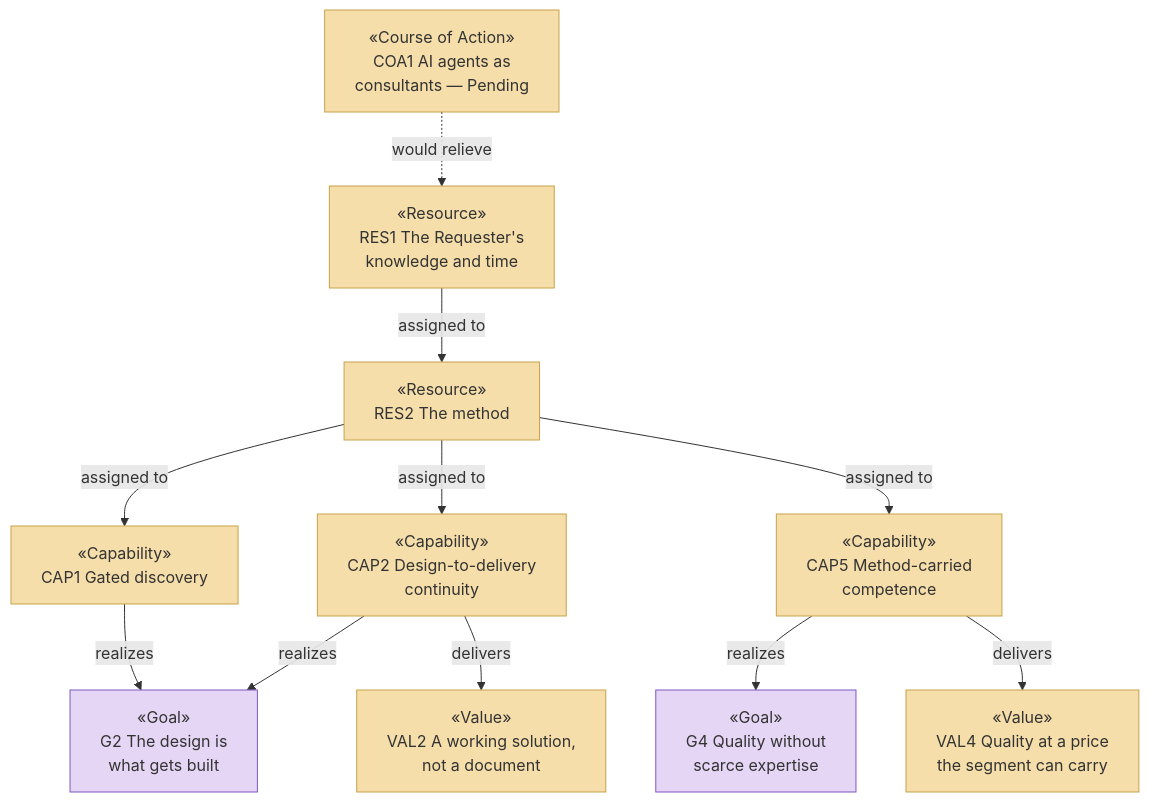
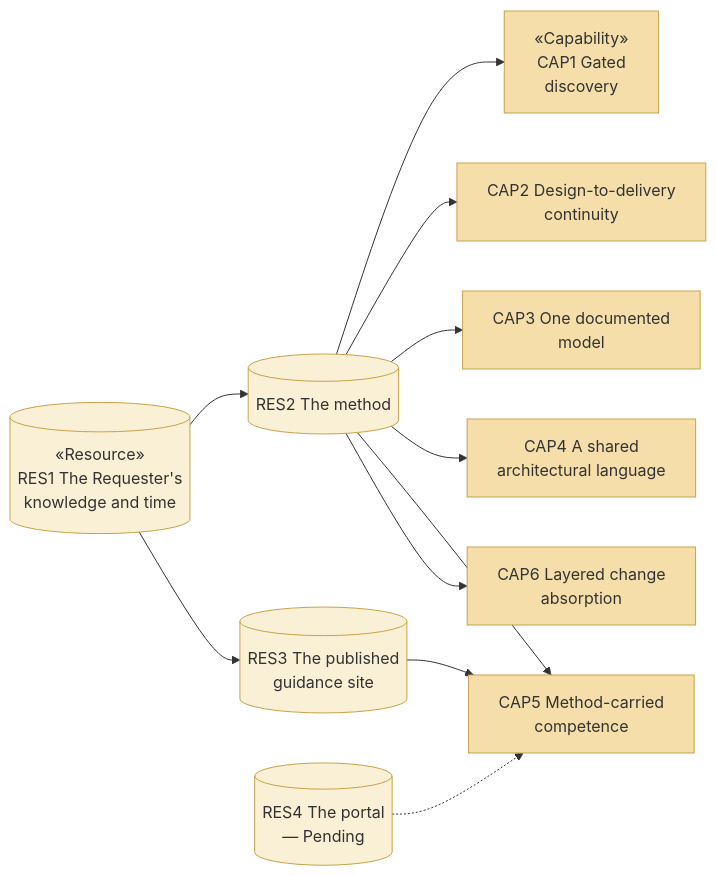
The fourth of 5 diagrams in organization/docs/ea/1_strategy/2_capabilities-and-resources.md (roanboc/architecture-archreator), drawn with Mermaid before and after one commit. The commit also changed other lines of this file and 2 other files, not shown here.

First line of the commit message:
docs: extend diagram-first notation to capabilities and the value stream

````diff
--- a/organization/docs/ea/1_strategy/2_capabilities-and-resources.md
+++ b/organization/docs/ea/1_strategy/2_capabilities-and-resources.md
@@ -74,31 +179,28 @@
 ```mermaid
-flowchart TB
-  g2["«Goal»<br>G2 The design is<br>what gets built"]:::motivation
-  g4["«Goal»<br>G4 Quality without<br>scarce expertise"]:::motivation
+flowchart LR
+  res1[("«Resource»<br>RES1 The Requester's<br>knowledge and time")]:::resource
+  res2[("RES2 The method")]:::resource
+  res3[("RES3 The published<br>guidance site")]:::resource
+  res4[("RES4 The portal<br>— Pending")]:::resource
 
-  cap1["«Capability»<br>CAP1 Gated discovery"]:::strategy
-  cap2["«Capability»<br>CAP2 Design-to-delivery<br>continuity"]:::strategy
-  cap5["«Capability»<br>CAP5 Method-carried<br>competence"]:::strategy
+  cap1["«Capability»<br>CAP1 Gated<br>discovery"]:::capability
+  cap2["CAP2 Design-to-delivery<br>continuity"]:::capability
+  cap3["CAP3 One documented<br>model"]:::capability
+  cap4["CAP4 A shared<br>architectural language"]:::capability
+  cap5["CAP5 Method-carried<br>competence"]:::capability
+  cap6["CAP6 Layered change<br>absorption"]:::capability
 
-  val2["«Value»<br>VAL2 A working solution,<br>not a document"]:::strategy
-  val4["«Value»<br>VAL4 Quality at a price<br>the segment can carry"]:::strategy
+  res1 --> res2
+  res1 --> res3
+  res2 --> cap1
+  res2 --> cap2
+  res2 --> cap3
+  res2 --> cap4
+  res2 --> cap5
+  res2 --> cap6
+  res3 --> cap5
+  res4 -.-> cap5
 
-  res1["«Resource»<br>RES1 The Requester's<br>knowledge and time"]:::strategy
-  res2["«Resource»<br>RES2 The method"]:::strategy
-
-  coa1["«Course of Action»<br>COA1 AI agents as<br>consultants — Pending"]:::strategy
-
-  cap1 -->|realizes| g2
-  cap2 -->|realizes| g2
-  cap5 -->|realizes| g4
-  cap2 -->|delivers| val2
-  cap5 -->|delivers| val4
-  res2 -->|assigned to| cap1
-  res2 -->|assigned to| cap2
-  res2 -->|assigned to| cap5
-  res1 -->|assigned to| res2
-  coa1 -.->|would relieve| res1
-
-  classDef motivation fill:#e6d6f5,stroke:#7e57c2,color:#333
-  classDef strategy fill:#f5deaa,stroke:#c8a24a,color:#333
+  classDef resource fill:#faf0d5,stroke:#c8a24a,color:#333
+  classDef capability fill:#f5deaa,stroke:#c8a24a,color:#333
 ```
````
